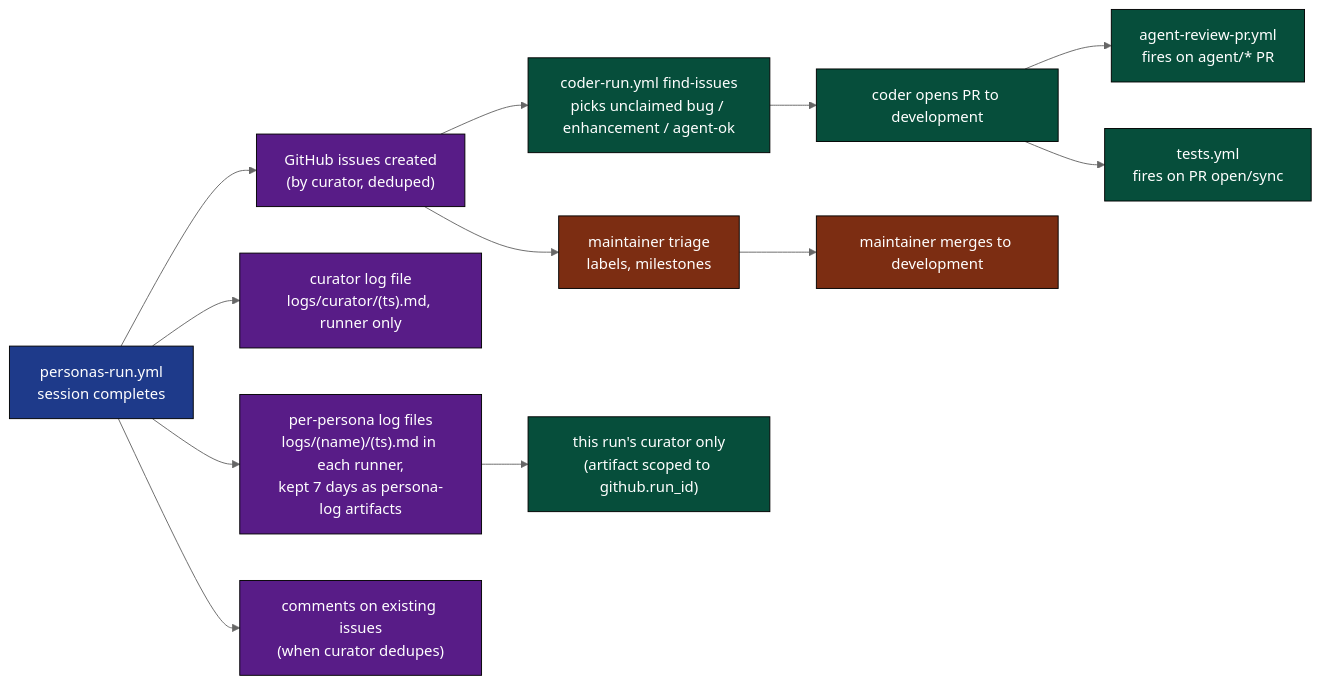
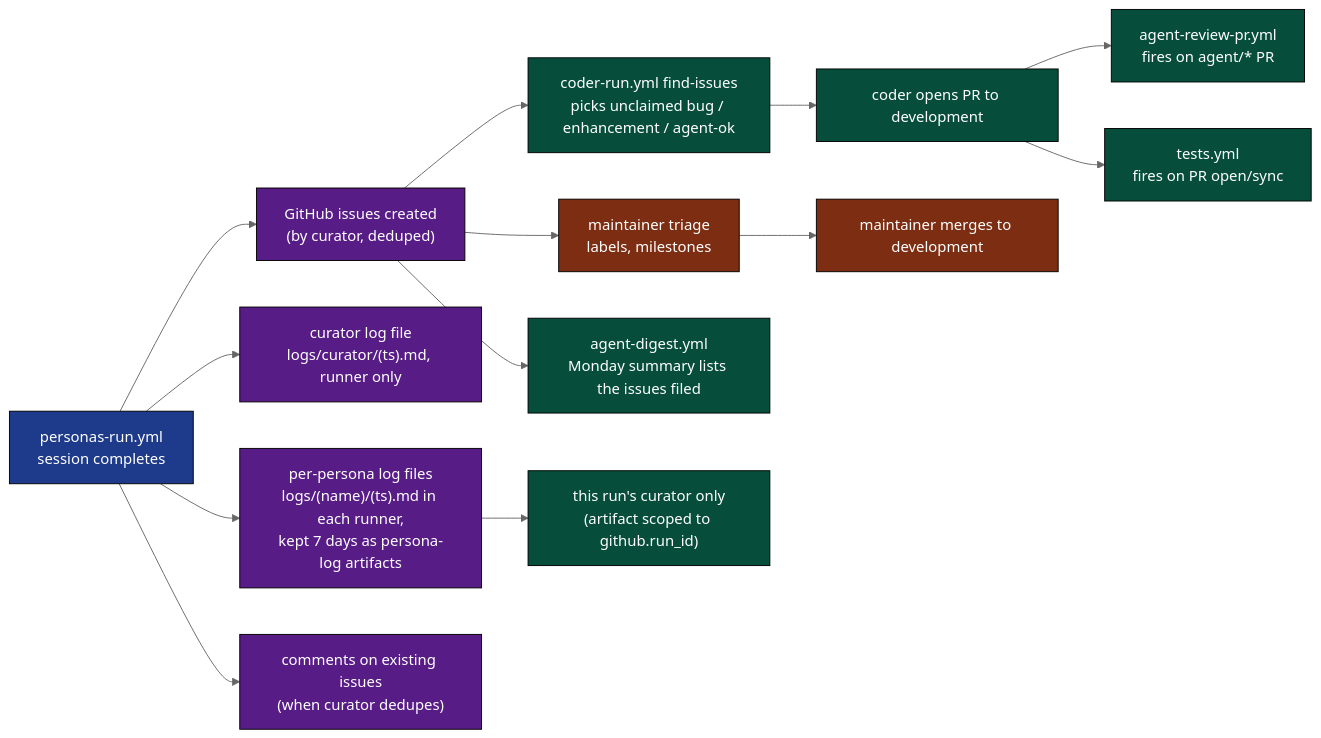
One commit to llm-exe/llm-exe changed the ninth of 12 diagrams in .github/docs/PERSONAS_RUN_DEEP_DIVE.md. Above: the diagram before and after it, drawn with Mermaid (neutral theme). The commit also changed other lines of this file and 1 other file, not shown here.

First line of the commit message:
docs: the digest still lists the curator's issues

````diff
--- a/.github/docs/PERSONAS_RUN_DEEP_DIVE.md
+++ b/.github/docs/PERSONAS_RUN_DEEP_DIVE.md
@@ -551,24 +552,25 @@
 ```mermaid
 flowchart LR
     classDef src fill:#1e3a8a,color:#fff,stroke:#000
     classDef out fill:#581c87,color:#fff,stroke:#000
     classDef cons fill:#064e3b,color:#fff,stroke:#000
     classDef human fill:#7c2d12,color:#fff,stroke:#000
 
     PR["personas-run.yml\nsession completes"]:::src
 
     PR --> O1["per-persona log files\nlogs/(name)/(ts).md in each runner,\nkept 7 days as persona-log artifacts"]:::out
     PR --> O2["curator log file\nlogs/curator/(ts).md, runner only"]:::out
     PR --> O3["GitHub issues created\n(by curator, deduped)"]:::out
     PR --> O4["comments on existing issues\n(when curator dedupes)"]:::out
 
     O3 --> C1["coder-run.yml find-issues\npicks unclaimed bug / enhancement / agent-ok"]:::cons
     O3 --> C2["maintainer triage\nlabels, milestones"]:::human
+    O3 --> C5["agent-digest.yml\nMonday summary lists the issues filed"]:::cons
 
     O1 --> C4["this run's curator only\n(artifact scoped to github.run_id)"]:::cons
 
     C1 --> C6["coder opens PR to development"]:::cons
     C6 --> C7["agent-review-pr.yml\nfires on agent/* PR"]:::cons
     C6 --> C8["tests.yml\nfires on PR open/sync"]:::cons
     C2 --> M["maintainer merges to development"]:::human
 ```
````
